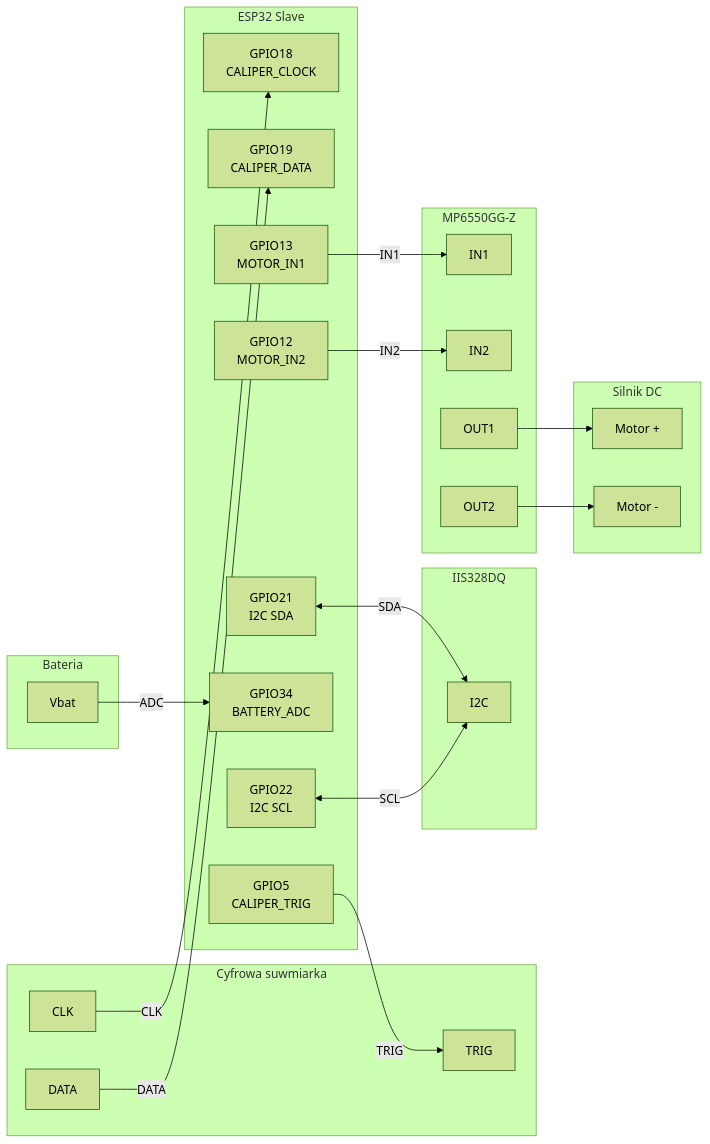
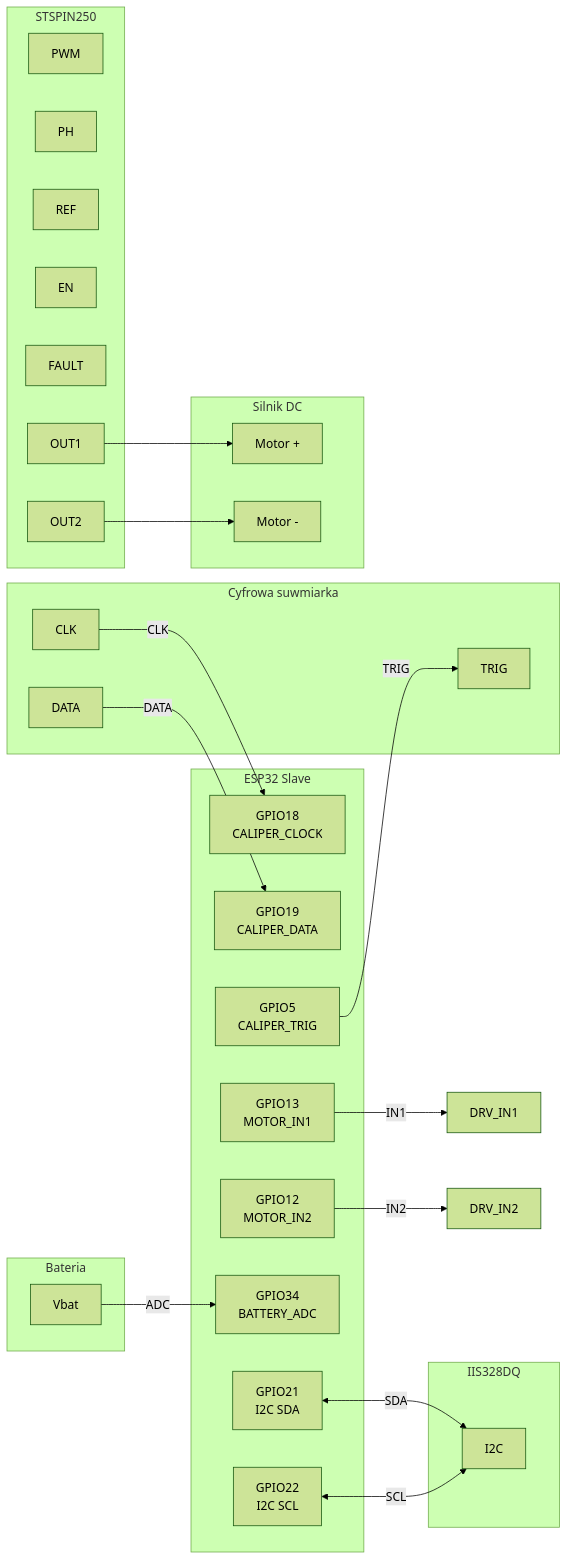
One commit to ciupakt/caliper changed the third of 3 diagrams in README.md. Above: the diagram before and after it, drawn with Mermaid (forest theme). The commit also changed other lines of this file and 7 other files, not shown here.

````diff
--- a/README.md
+++ b/README.md
@@ -174,58 +174,61 @@
 ```mermaid
 flowchart LR
     %% Układ: urządzenia po lewej, ESP32 po środku, obciążenia po prawej.
 
     subgraph CAL[Cyfrowa suwmiarka]
         CAL_CLK[CLK]
         CAL_DATA[DATA]
         CAL_TRIG[TRIG]
     end
 
     subgraph ACC[IIS328DQ]
         ACC_I2C[I2C]
     end
 
     subgraph BATT[Bateria]
         BATT_V[Vbat]
     end
 
     subgraph SL[ESP32 Slave]
         GPIO18[GPIO18<br/>CALIPER_CLOCK]
         GPIO19[GPIO19<br/>CALIPER_DATA]
         GPIO5[GPIO5<br/>CALIPER_TRIG]
 
         GPIO21[GPIO21<br/>I2C SDA]
         GPIO22[GPIO22<br/>I2C SCL]
 
         GPIO34[GPIO34<br/>BATTERY_ADC]
 
         GPIO13[GPIO13<br/>MOTOR_IN1]
         GPIO12[GPIO12<br/>MOTOR_IN2]
     end
 
-    subgraph DRV[MP6550GG-Z]
-        DRV_IN1[IN1]
-        DRV_IN2[IN2]
+    subgraph DRV[STSPIN250]
+        DRV_PWM[PWM]
+        DRV_PH[PH]
+        DRV_REF[REF]
+        DRV_EN[EN]
+        DRV_FAULT[FAULT]
         DRV_OUT1[OUT1]
         DRV_OUT2[OUT2]
     end
 
     subgraph MOT[Silnik DC]
         MOT_A[Motor +]
         MOT_B[Motor -]
     end
 
     CAL_CLK -->|CLK| GPIO18
     CAL_DATA -->|DATA| GPIO19
     GPIO5 -->|TRIG| CAL_TRIG
 
     GPIO21 <--> |SDA| ACC_I2C
     GPIO22 <--> |SCL| ACC_I2C
 
     BATT_V -->|ADC| GPIO34
 
     GPIO13 -->|IN1| DRV_IN1
     GPIO12 -->|IN2| DRV_IN2
     DRV_OUT1 --> MOT_A
     DRV_OUT2 --> MOT_B
 ```
````
